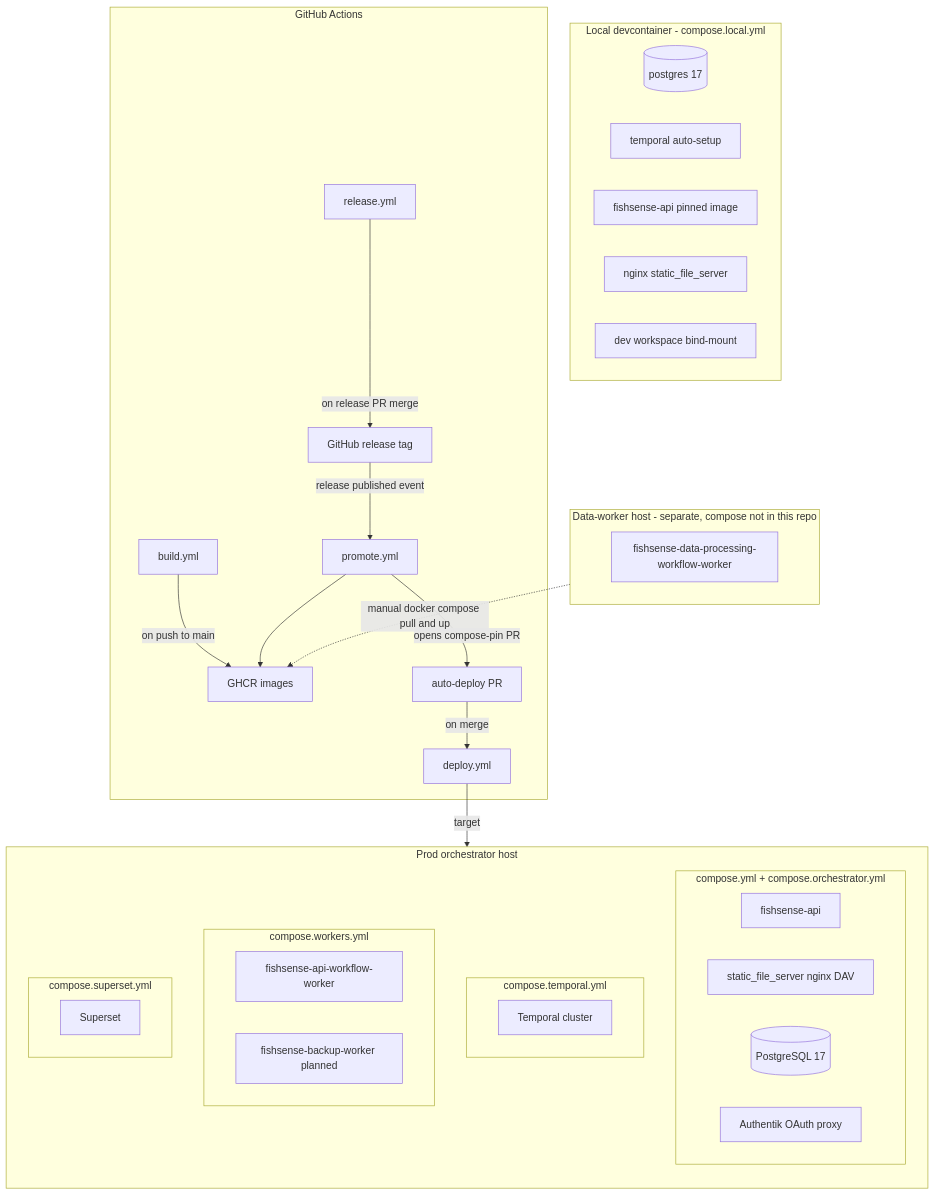
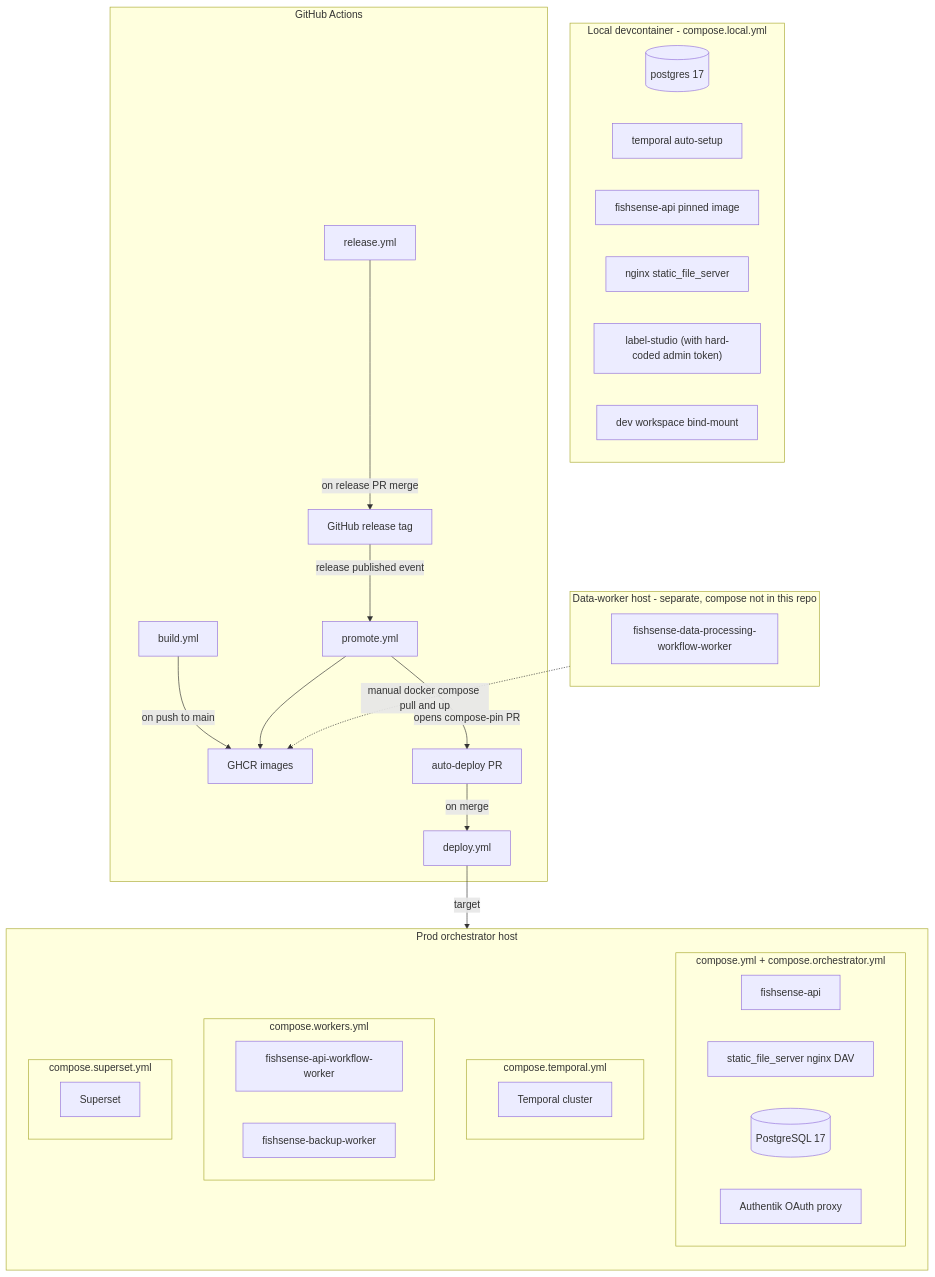
Before and after one commit to UCSD-E4E/fishsense-lite: the second of 8 diagrams in docs/diagrams.md, drawn with Mermaid. The commit also changed other lines of this file and 4 other files, not shown here.

````diff
--- a/docs/diagrams.md
+++ b/docs/diagrams.md
@@ -72,54 +72,55 @@
 ```mermaid
 flowchart TB
     subgraph PROD["Prod orchestrator host"]
         direction TB
         subgraph C_BASE["compose.yml + compose.orchestrator.yml"]
             P_API["fishsense-api"]
             P_FX["static_file_server nginx DAV"]
             P_PG[("PostgreSQL 17")]
             P_AUTHENTIK["Authentik OAuth proxy"]
         end
         subgraph C_TEMPORAL["compose.temporal.yml"]
             P_TEMPORAL["Temporal cluster"]
         end
         subgraph C_WORKERS["compose.workers.yml"]
             P_APIWW["fishsense-api-workflow-worker"]
-            P_BUW["fishsense-backup-worker planned"]
+            P_BUW["fishsense-backup-worker"]
         end
         subgraph C_SUPERSET["compose.superset.yml"]
             P_SUP["Superset"]
         end
     end
 
     subgraph DWHOST["Data-worker host - separate, compose not in this repo"]
         D_DPW["fishsense-data-processing-workflow-worker"]
     end
 
     subgraph DEV["Local devcontainer - compose.local.yml"]
         L_PG[("postgres 17")]
         L_TEMPORAL["temporal auto-setup"]
         L_API["fishsense-api pinned image"]
         L_FX["nginx static_file_server"]
+        L_LS["label-studio (with hard-coded admin token)"]
         L_DEV["dev workspace bind-mount"]
     end
 
     subgraph CI["GitHub Actions"]
         CI_BUILD["build.yml"]
         CI_RELEASE["release.yml"]
         CI_PROMOTE["promote.yml"]
         CI_DEPLOY["deploy.yml"]
         GHCR["GHCR images"]
         GH_REL["GitHub release tag"]
         AUTO_PR["auto-deploy PR"]
     end
 
     CI_BUILD   -->|on push to main| GHCR
     CI_RELEASE -->|on release PR merge| GH_REL
     GH_REL     -->|release published event| CI_PROMOTE
     CI_PROMOTE --> GHCR
     CI_PROMOTE -->|opens compose-pin PR| AUTO_PR
     AUTO_PR    -->|on merge| CI_DEPLOY
     CI_DEPLOY  -->|target| PROD
 
     DWHOST -.->|manual docker compose pull and up| GHCR
 ```
````
